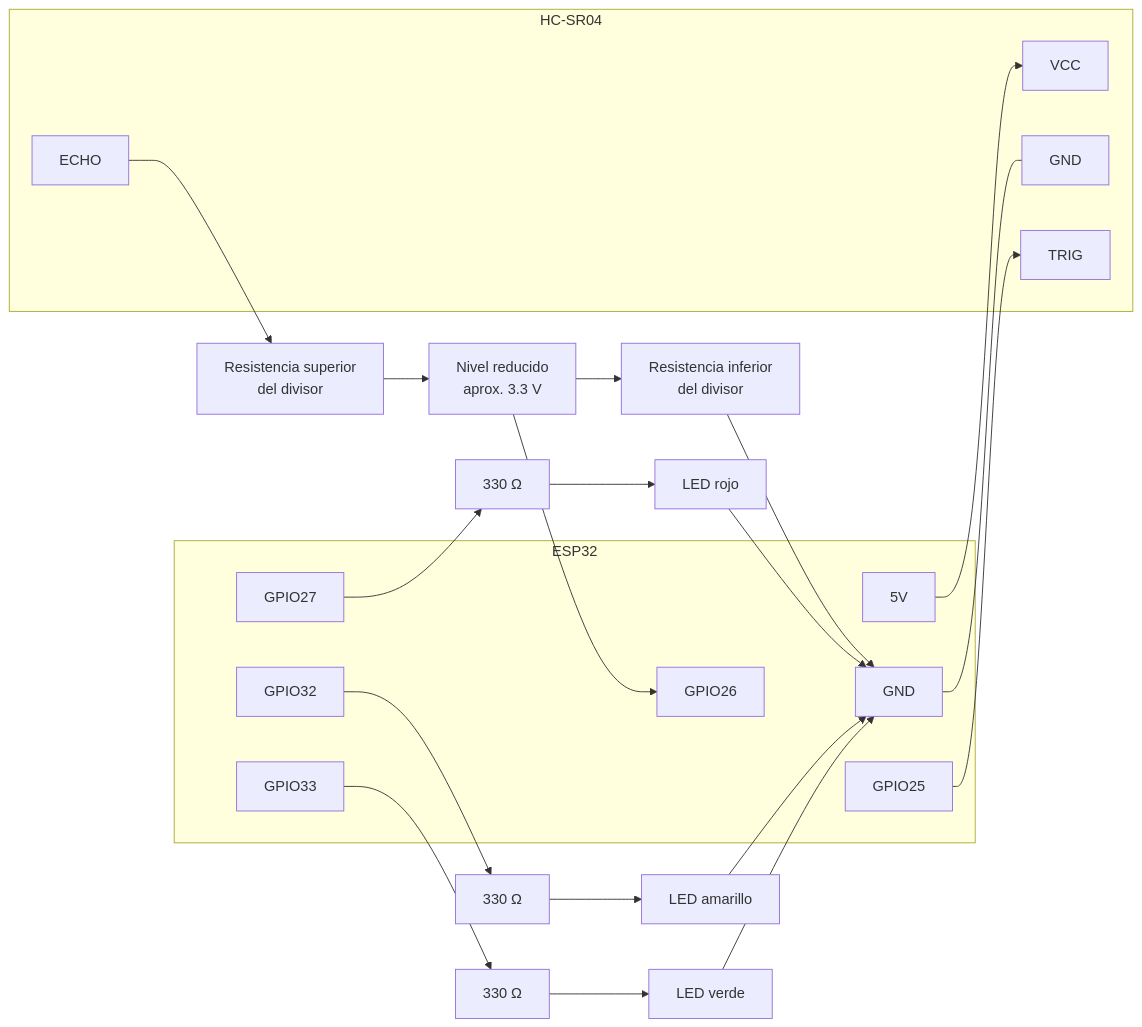
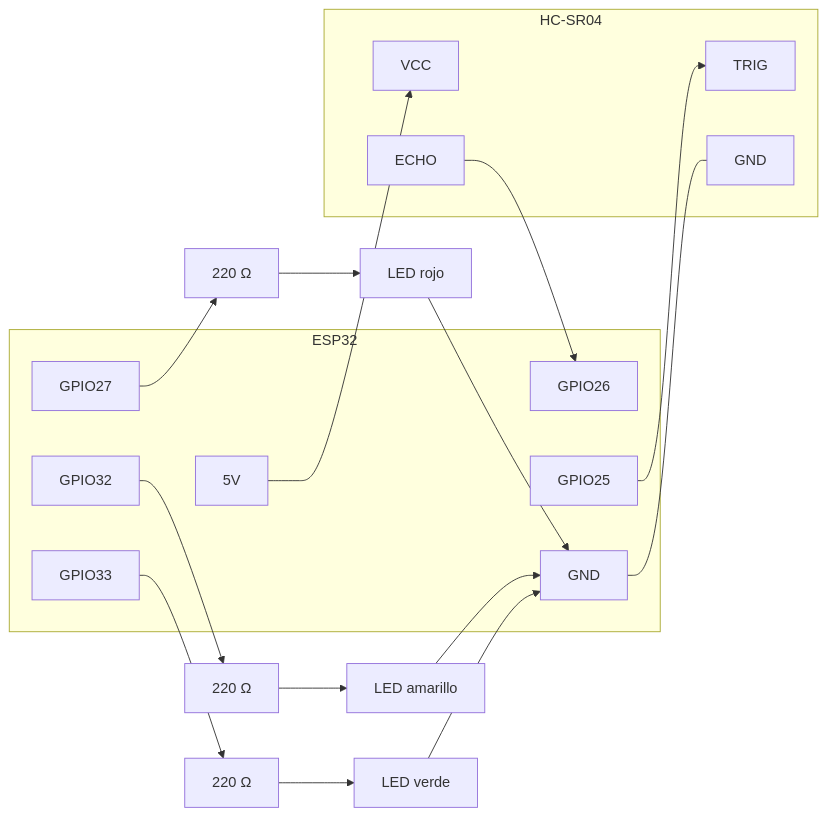
One commit to Ruben-Cordero/IoT-LEDs changed the second of 5 diagrams in doc/informe.md. Above: the diagram before and after it, drawn with Mermaid. The commit also changed other lines of this file, not shown here.

```diff
--- a/doc/informe.md
+++ b/doc/informe.md
@@ -124,40 +124,35 @@
 ~~~mermaid
 flowchart LR
     subgraph ESP["ESP32"]
         V5["5V"]
         GND["GND"]
         P25["GPIO25"]
         P26["GPIO26"]
         P27["GPIO27"]
         P32["GPIO32"]
         P33["GPIO33"]
     end
 
     subgraph US["HC-SR04"]
         VCC["VCC"]
         TRIG["TRIG"]
         ECHO["ECHO"]
         SGND["GND"]
     end
 
-    RUP["Resistencia superior<br/>del divisor"]
-    NODE["Nivel reducido<br/>aprox. 3.3 V"]
-    RDOWN["Resistencia inferior<br/>del divisor"]
-
-    RR["330 Ω"]
-    RA["330 Ω"]
-    RV["330 Ω"]
+    RR["220 Ω"]
+    RA["220 Ω"]
+    RV["220 Ω"]
     LR["LED rojo"]
     LA["LED amarillo"]
     LV["LED verde"]
 
     V5 --> VCC
     GND --- SGND
     P25 --> TRIG
-    ECHO --> RUP --> NODE --> P26
-    NODE --> RDOWN --> GND
+    ECHO --> P26
 
     P27 --> RR --> LR --> GND
     P32 --> RA --> LA --> GND
     P33 --> RV --> LV --> GND
 ~~~
```
